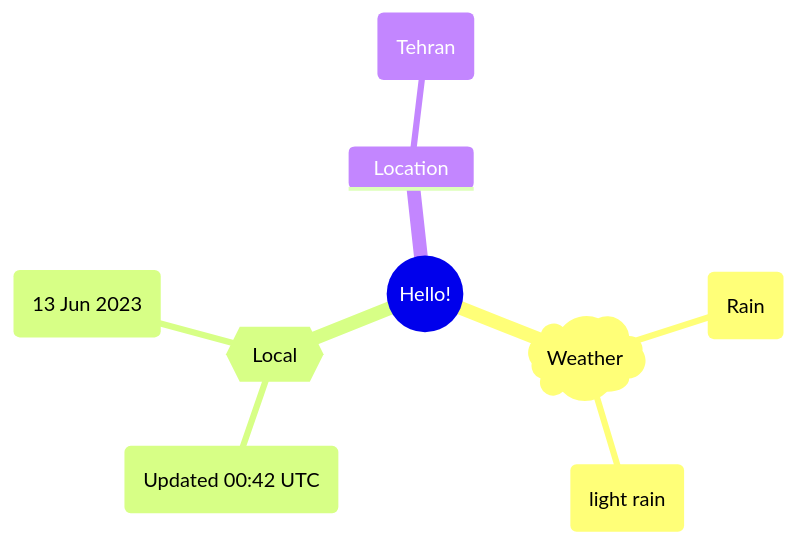
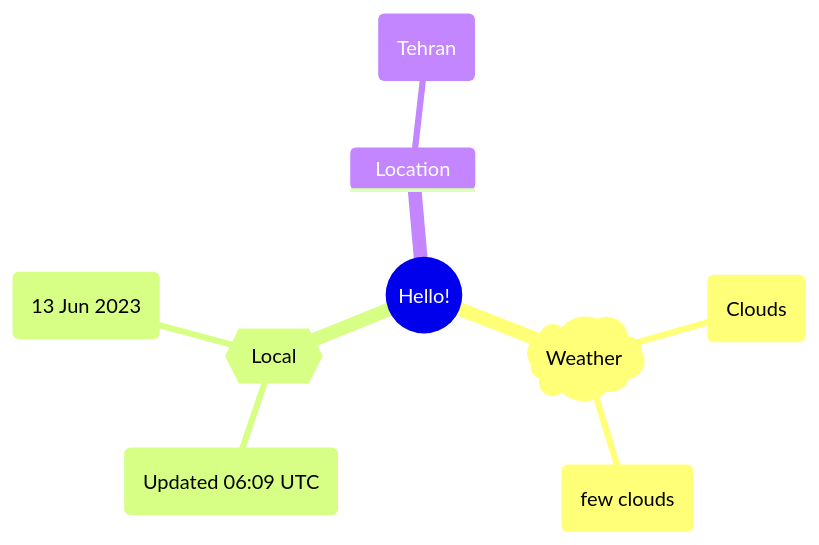
One commit to Xosrov/Xosrov changed the first of 2 diagrams in README.md. Above: the diagram before and after it, drawn with Mermaid.

Commit message:
[bot] updated images

````diff
--- a/README.md
+++ b/README.md
@@ -3,12 +3,12 @@
 ```mermaid
 mindmap
   root((Hello!))
     )Weather(
-        (Rain)
-        (light rain)
+        (Clouds)
+        (few clouds)
     {{Local}}
-        (Updated 00:42 UTC)
+        (Updated 06:09 UTC)
         (13 Jun 2023)
     Location
         (Tehran)
 ```
````
